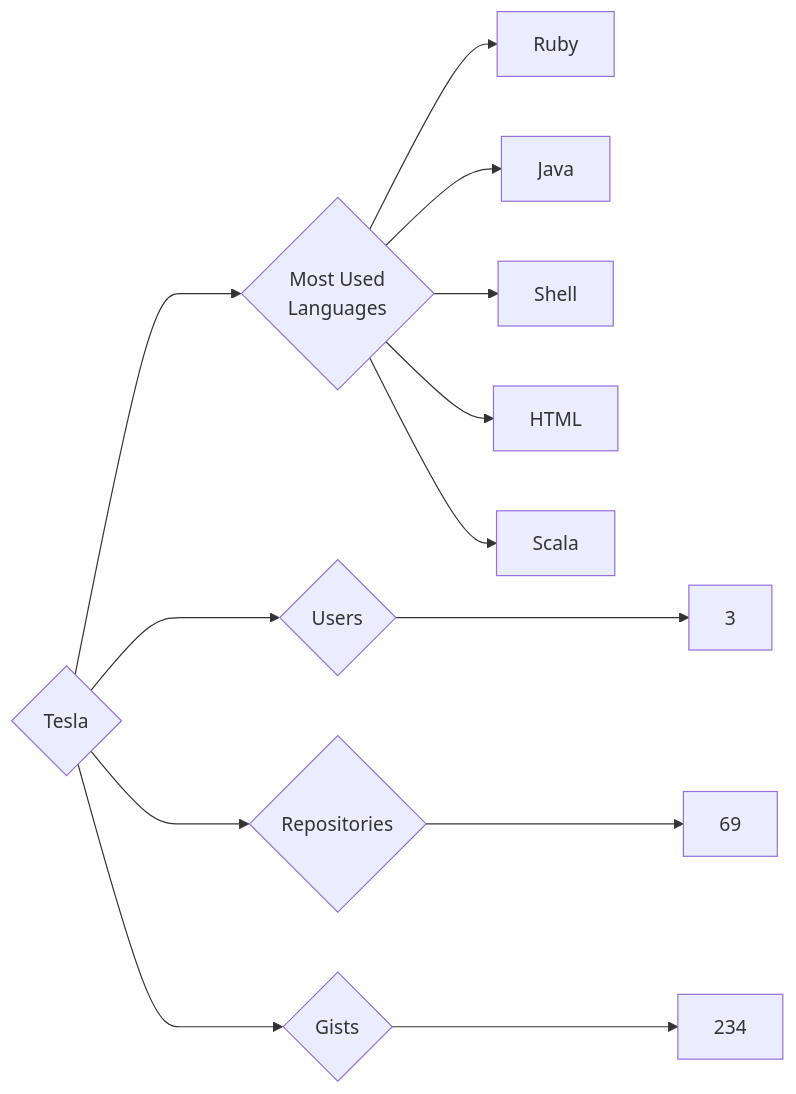
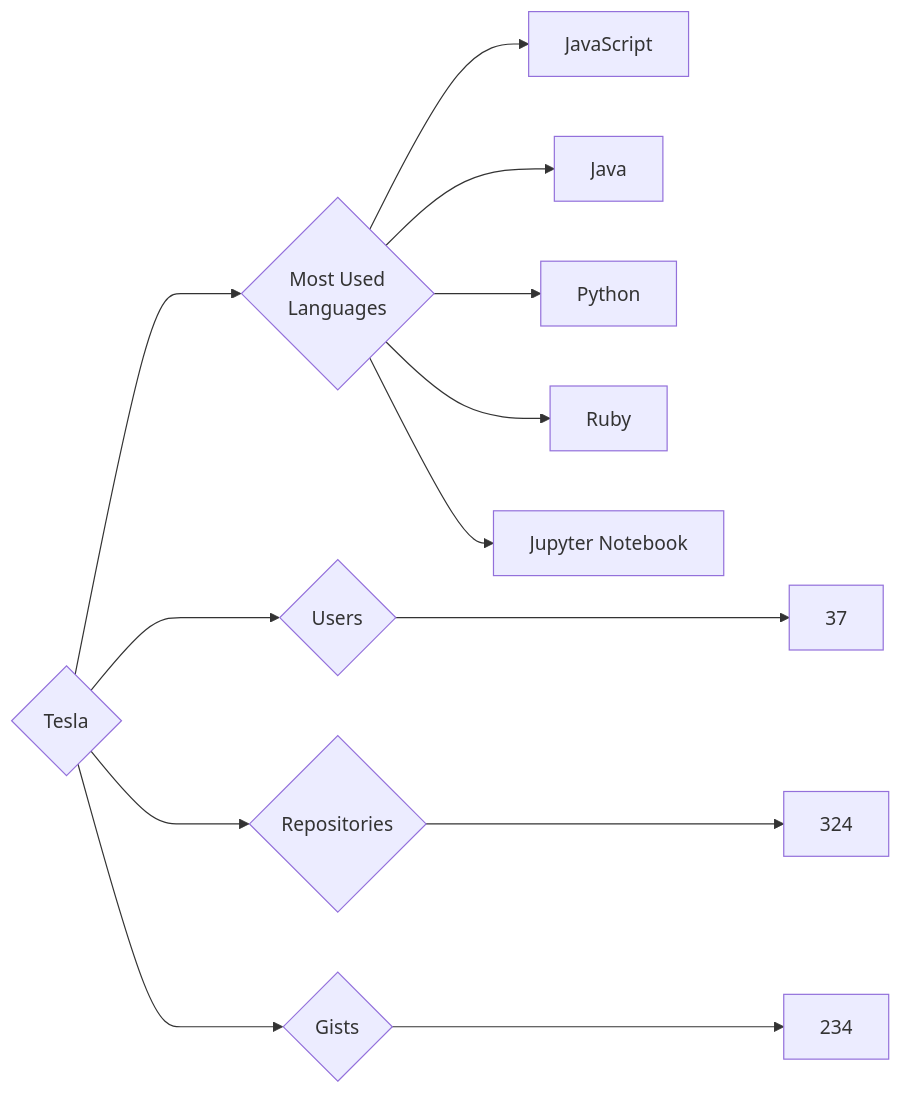
One commit to trickest/insiders changed the diagram in targets/Tesla/README.md. Above: the diagram before and after it, drawn with Mermaid. The commit also changed 682 other files, not shown here.

````diff
--- a/targets/Tesla/README.md
+++ b/targets/Tesla/README.md
@@ -3,13 +3,13 @@
 ```mermaid
 graph LR
 COMPANY_NAME{Tesla}
-COMPANY_NAME ---> U{Users} ---> UN[3]
-COMPANY_NAME ---> R{Repositories} ---> RN[69]
+COMPANY_NAME ---> U{Users} ---> UN[37]
+COMPANY_NAME ---> R{Repositories} ---> RN[324]
 COMPANY_NAME ---> G{Gists} ---> GN[234]
 COMPANY_NAME ---> ML{Most Used<br>Languages}
+ML --> JavaScript[JavaScript]
+ML --> Java[Java]
+ML --> Python[Python]
 ML --> Ruby[Ruby]
-ML --> Java[Java]
-ML --> Shell[Shell]
-ML --> HTML[HTML]
-ML --> Scala[Scala]
+ML --> Jupyter_Notebook[Jupyter Notebook]
 ```
````
